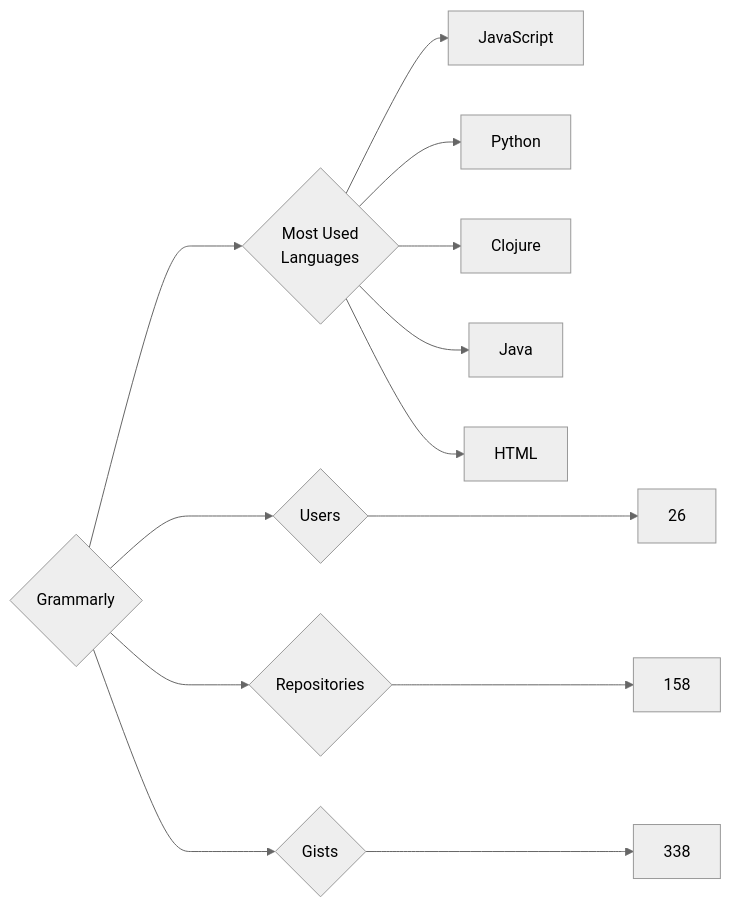
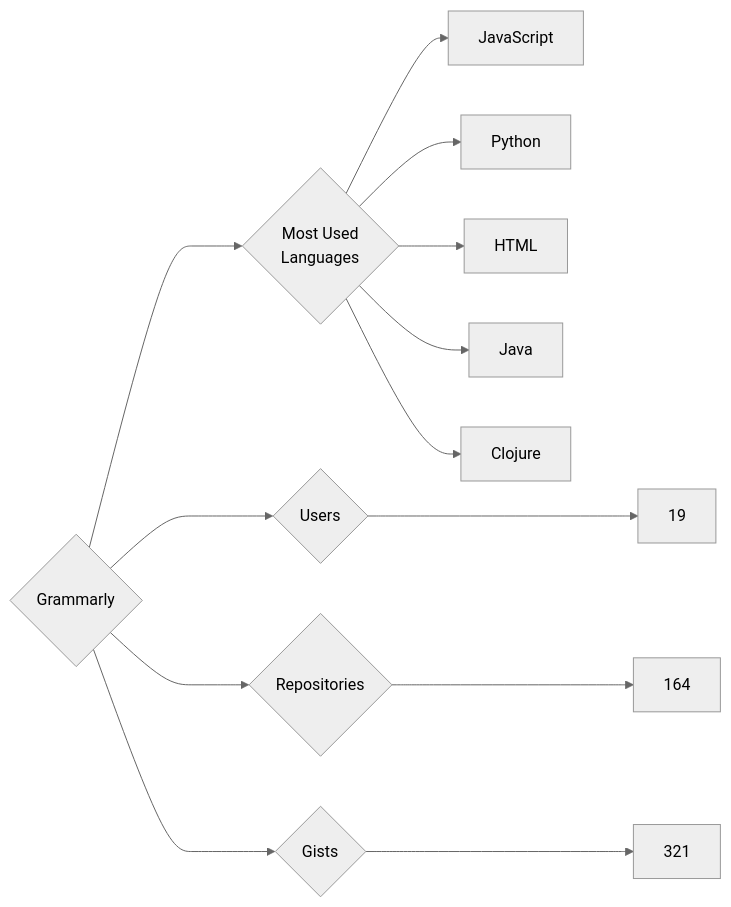
The diagram in targets/Grammarly/README.md (trickest/insiders), drawn with Mermaid (neutral theme) before and after one commit. The commit also changed 895 other files, not shown here.

````diff
--- a/targets/Grammarly/README.md
+++ b/targets/Grammarly/README.md
@@ -3,13 +3,13 @@
 ```mermaid
 graph LR
 COMPANY_NAME{Grammarly}
-COMPANY_NAME ---> U{Users} ---> UN[26]
-COMPANY_NAME ---> R{Repositories} ---> RN[158]
-COMPANY_NAME ---> G{Gists} ---> GN[338]
+COMPANY_NAME ---> U{Users} ---> UN[19]
+COMPANY_NAME ---> R{Repositories} ---> RN[164]
+COMPANY_NAME ---> G{Gists} ---> GN[321]
 COMPANY_NAME ---> ML{Most Used<br>Languages}
 ML --> JavaScript[JavaScript]
 ML --> Python[Python]
+ML --> HTML[HTML]
+ML --> Java[Java]
 ML --> Clojure[Clojure]
-ML --> Java[Java]
-ML --> HTML[HTML]
 ```
````
